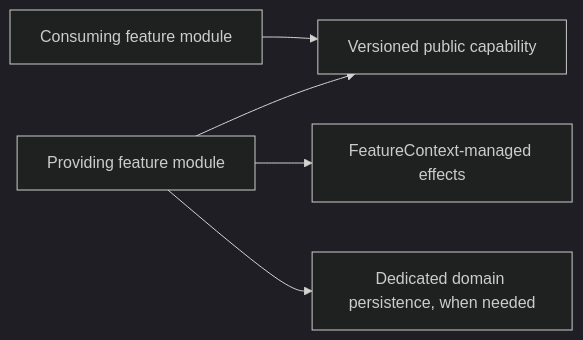
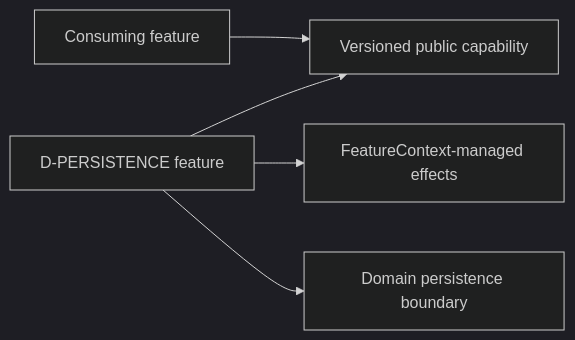
The diagram in app/services/persistence/README.md (haruperi/HaruQuantAI), drawn with Mermaid (dark theme) before and after one commit. The commit also changed other lines of this file and 19 other files, not shown here.

````diff
--- a/app/services/persistence/README.md
+++ b/app/services/persistence/README.md
@@ -103,7 +104,7 @@
 ```mermaid
 flowchart LR
-    Consumer["Consuming feature module"] --> Contract["Versioned public capability"]
-    Provider["Providing feature module"] --> Contract
+    Consumer["Consuming feature"] --> Contract["Versioned public capability"]
+    Provider["D-PERSISTENCE feature"] --> Contract
     Provider --> Context["FeatureContext-managed effects"]
-    Provider --> Persistence["Dedicated domain persistence, when needed"]
+    Provider --> Persistence["Domain persistence boundary"]
 ```
````
